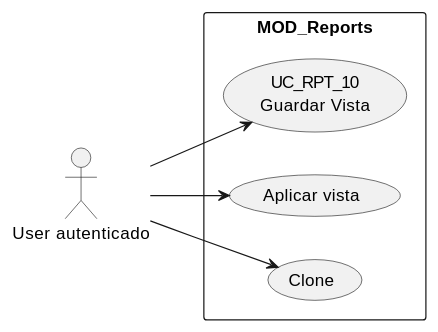
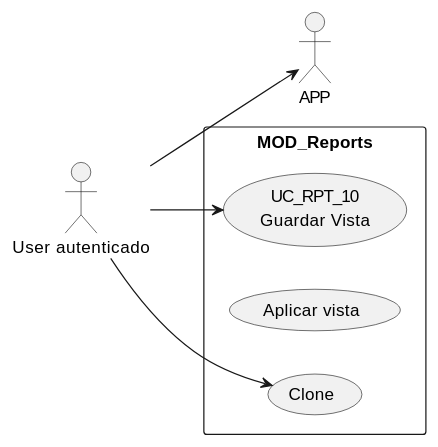
The diagram in source/requisitos/casos-uso/reports/uc-rpt-10/diagramas-uml/caso-de-uso.rst (jcg-admin/IACT-docs), drawn with PlantUML before and after one commit. The commit also changed 47 other files, not shown here.

First line of the commit message:
Fix cryptic PlantUML aliases in UC and architecture files (STD_011)

```diff
--- a/source/requisitos/casos-uso/reports/uc-rpt-10/diagramas-uml/caso-de-uso.rst
+++ b/source/requisitos/casos-uso/reports/uc-rpt-10/diagramas-uml/caso-de-uso.rst
@@ -4,14 +4,14 @@
 .. uml::
 
  @startuml
  left to right direction
  actor "User autenticado" as UserAutenticado
  rectangle "MOD_Reports" {
    usecase "UC_RPT_10\nGuardar Vista" as UC10
-   usecase "Aplicar vista" as APP
+   usecase "Aplicar vista" as AplicacionFrontend
    usecase "Clone" as Clone
  }
  UserAutenticado --> UC10
  UserAutenticado --> APP
  UserAutenticado --> Clone
  @enduml
```
